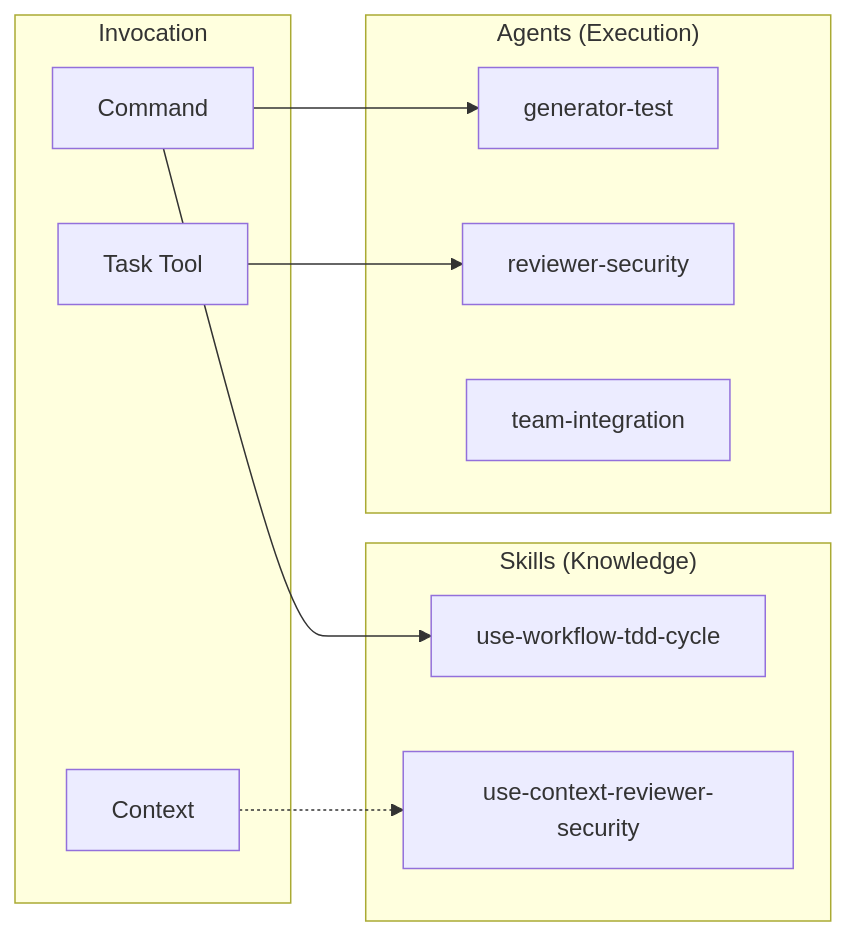
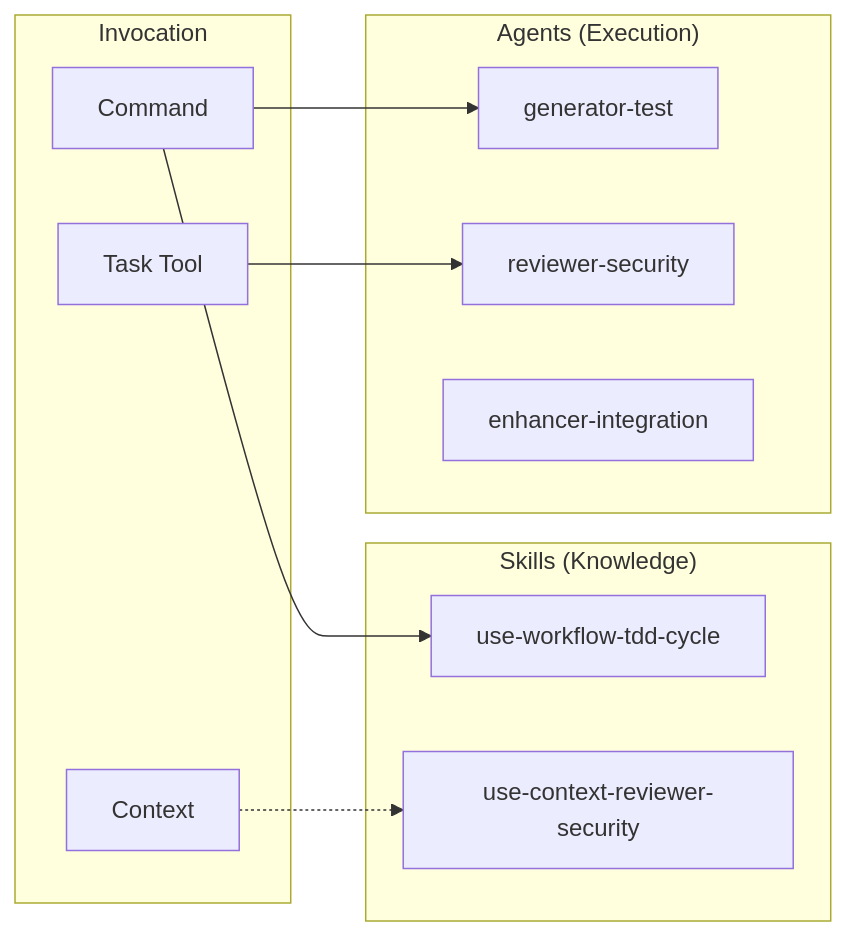
One commit to thkt/dotclaude changed the first of 2 diagrams in .ja/docs/SKILLS_AGENTS.md. Above: the diagram before and after it, drawn with Mermaid. The commit also changed other lines of this file and 10 other files, not shown here.

First line of the commit message:
refactor(agent): team-integration を enhancer-integration へ改名

````diff
--- a/.ja/docs/SKILLS_AGENTS.md
+++ b/.ja/docs/SKILLS_AGENTS.md
@@ -9,20 +9,20 @@
 ```mermaid
 graph LR
     subgraph Skills["Skills (Knowledge)"]
         S1[use-workflow-tdd-cycle]
         S2[use-context-reviewer-security]
     end
 
     subgraph Agents["Agents (Execution)"]
         A1[generator-test]
         A2[reviewer-security]
-        A3[team-integration]
+        A3[enhancer-integration]
     end
 
     subgraph Trigger["Invocation"]
         CMD[Command] --> S1
         CMD --> A1
         CTX[Context] -.-> S2
         TASK[Task Tool] --> A2
     end
 ```
````
